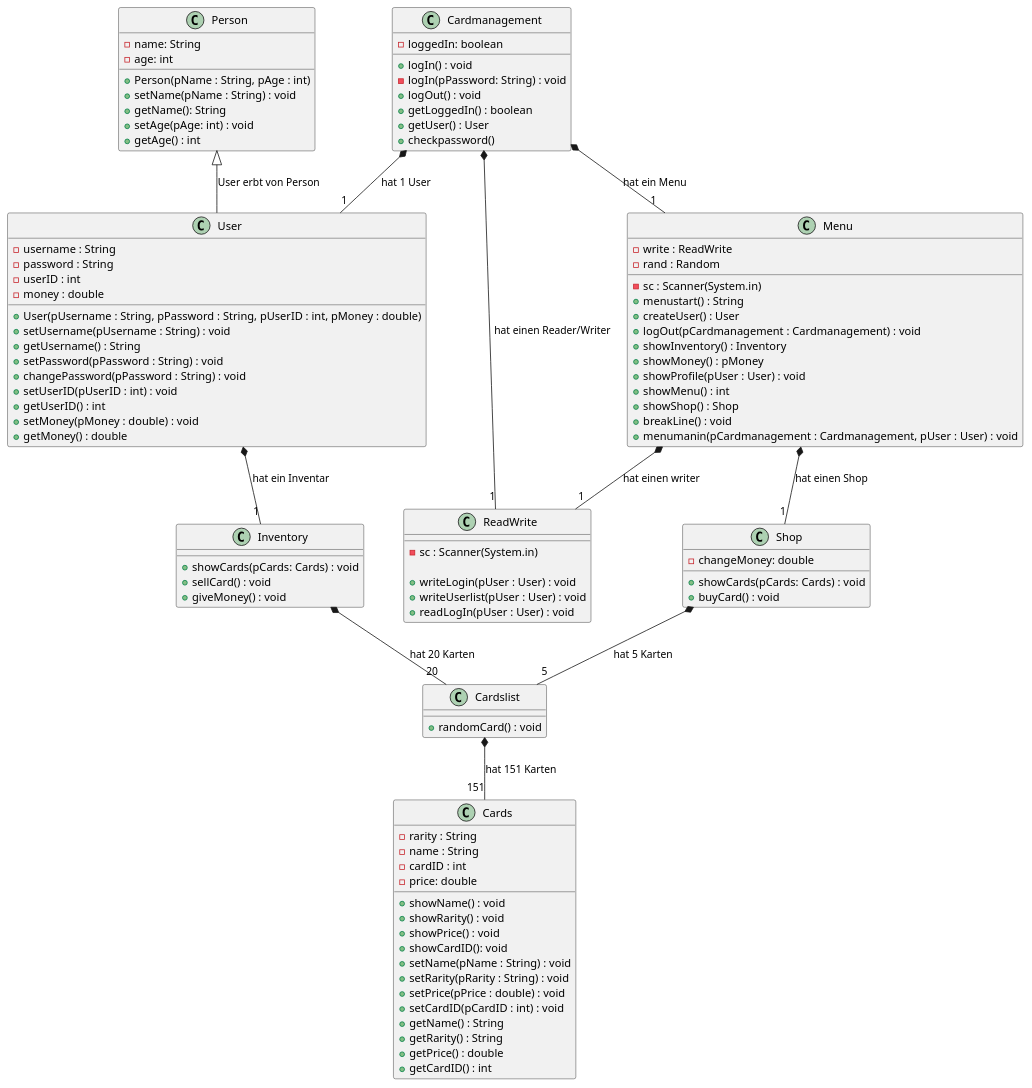
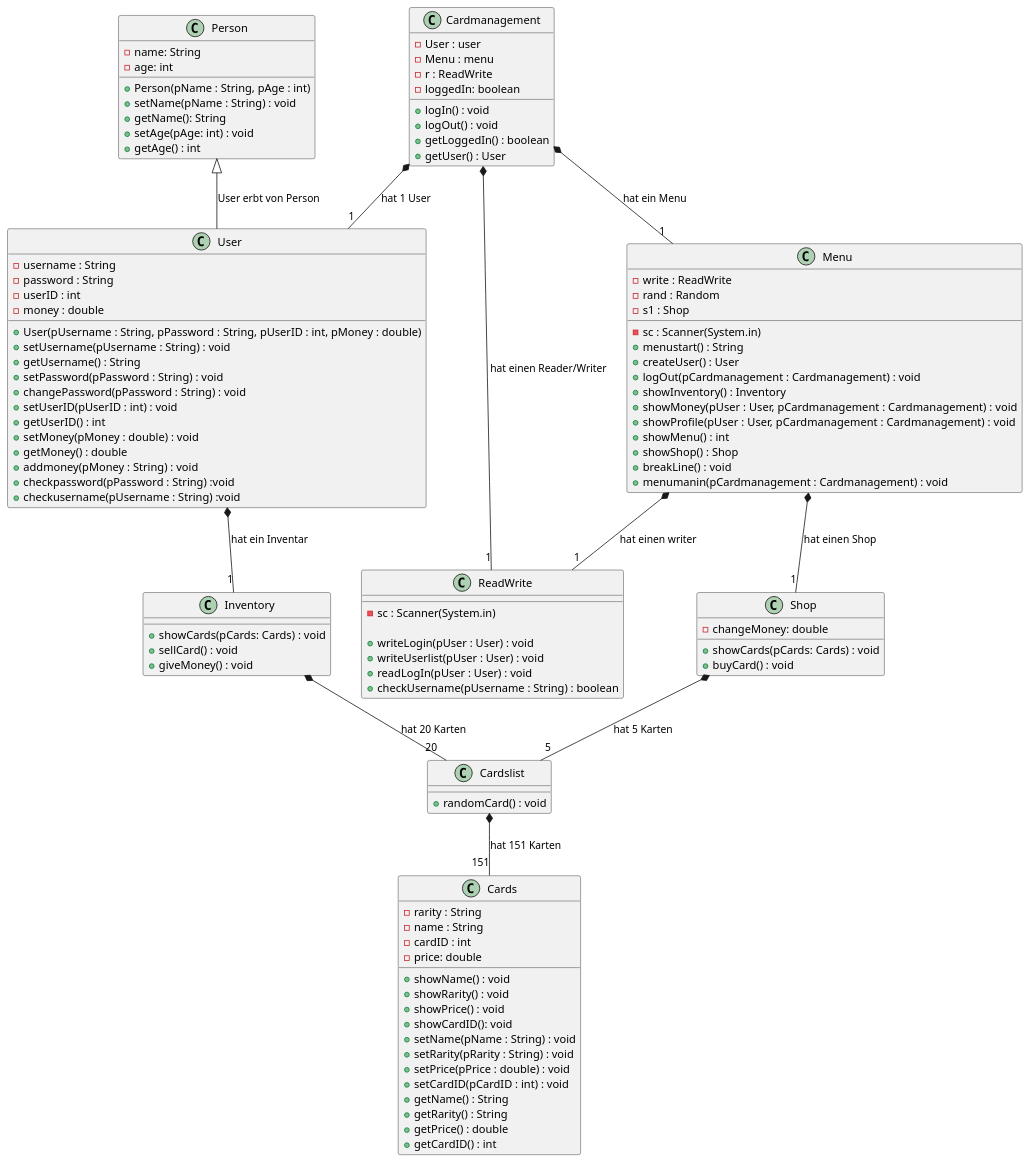
One commit to HEBK-BGM/Verwaltungssoftware_Team_4 changed the diagram in Docs/Pflichtenheft/Diagramme/Klassendiagramm-Card.iuml. Above: the diagram before and after it, drawn with PlantUML.

Commit message:
[FIX] Klassendiagramm Update

```diff
--- a/Docs/Pflichtenheft/Diagramme/Klassendiagramm-Card.iuml
+++ b/Docs/Pflichtenheft/Diagramme/Klassendiagramm-Card.iuml
@@ -1,132 +1,139 @@
 @startuml Klassendiagramm
 
 class Cardmanagement{
+    - User : user
+    - Menu : menu
+    - r : ReadWrite
     -loggedIn: boolean
+
     +logIn() : void
-    -logIn(pPassword: String) : void
     +logOut() : void
     +getLoggedIn() : boolean
     +getUser() : User
-    +checkpassword()
+    
 
 
 
 }
 
 
 class Menu{
     -sc : Scanner(System.in)
     -write : ReadWrite
     -rand : Random
+    - s1 : Shop
 
     +menustart() : String
     +createUser() : User
     +logOut(pCardmanagement : Cardmanagement) : void
     +showInventory() : Inventory
-    +showMoney() : pMoney
-    +showProfile(pUser : User) : void
+    +showMoney(pUser : User, pCardmanagement : Cardmanagement) : void
+    +showProfile(pUser : User, pCardmanagement : Cardmanagement) : void
     +showMenu() : int
     +showShop() : Shop
     +breakLine() : void
-    +menumanin(pCardmanagement : Cardmanagement, pUser : User) : void
+    +menumanin(pCardmanagement : Cardmanagement) : void
 
 
 }
 
 
 class Shop{
     -changeMoney: double
 
     
     +showCards(pCards: Cards) : void
     +buyCard() : void
 
 }
 
 
 class User{
     -username : String
     -password : String
     -userID : int
     -money : double
 
 
     +User(pUsername : String, pPassword : String, pUserID : int, pMoney : double)
     +setUsername(pUsername : String) : void
     +getUsername() : String
     +setPassword(pPassword : String) : void
     +changePassword(pPassword : String) : void
     +setUserID(pUserID : int) : void
     +getUserID() : int
     +setMoney(pMoney : double) : void
     +getMoney() : double
-    
+    +addmoney(pMoney : String) : void
+    +checkpassword(pPassword : String) :void
+    +checkusername(pUsername : String) :void
 
 }
 
 
 class Person{
     -name: String
     -age: int
 
     +Person(pName : String, pAge : int)
     +setName(pName : String) : void
     +getName(): String
     +setAge(pAge: int) : void
     +getAge() : int
 }
 
 
 class Cards{
     -rarity : String
     -name : String
     -cardID : int
     -price: double
 
     +showName() : void
     +showRarity() : void
     +showPrice() : void
     +showCardID(): void
     +setName(pName : String) : void
     +setRarity(pRarity : String) : void
     +setPrice(pPrice : double) : void
     +setCardID(pCardID : int) : void
     +getName() : String
     +getRarity() : String
     +getPrice() : double
     +getCardID() : int
 
 }
 
 
 class Inventory{
     +showCards(pCards: Cards) : void
     +sellCard() : void
     +giveMoney() : void
 }
 
 
 class Cardslist{
     +randomCard() : void
 }
 
 class ReadWrite{
     - sc : Scanner(System.in)
 
     + writeLogin(pUser : User) : void
     + writeUserlist(pUser : User) : void
     + readLogIn(pUser : User) : void
+    + checkUsername(pUsername : String) : boolean
 }
 
 Cardmanagement *-- "1" Menu : hat ein Menu
 Cardmanagement *-- "1" ReadWrite : hat einen Reader/Writer 
 User *-- "1" Inventory : hat ein Inventar
 Cardmanagement *-- "1" User : hat 1 User
 Menu *-- "1" Shop : hat einen Shop
 Menu *-- "1" ReadWrite : hat einen writer
 Shop *-- "5" Cardslist : hat 5 Karten 
 Inventory *-- "20" Cardslist : hat 20 Karten
 Cardslist *-- "151" Cards : hat 151 Karten
 Person <|-- User : User erbt von Person
 
 @enduml
```
